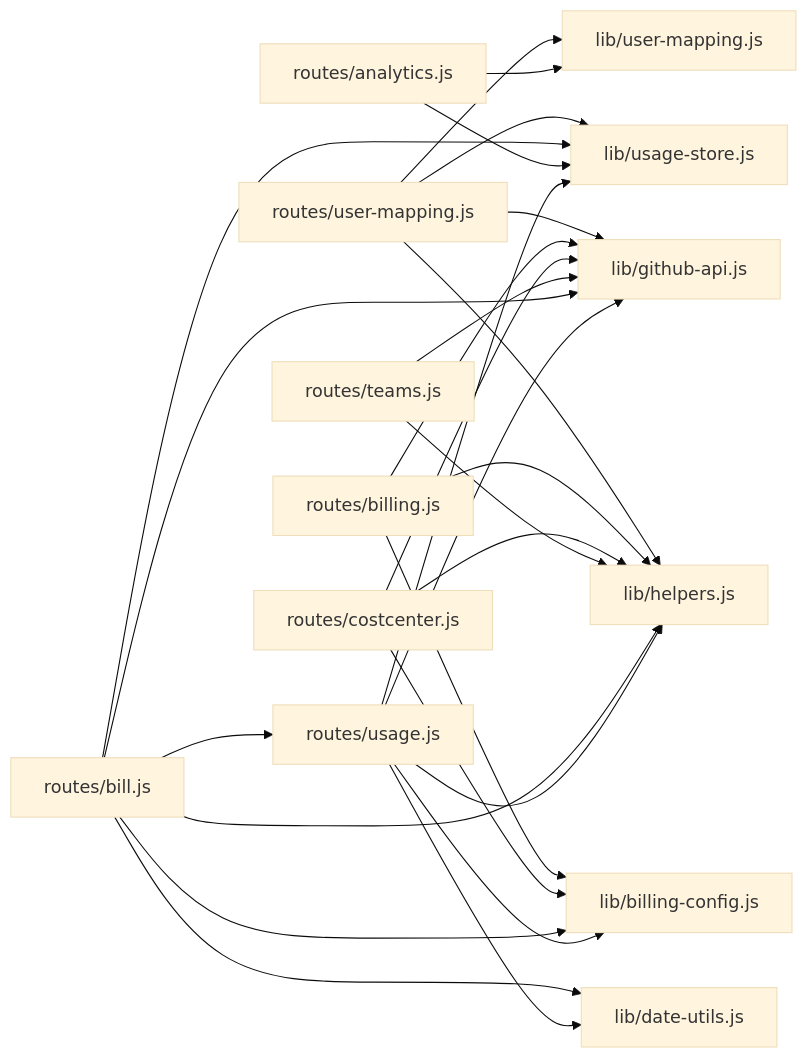
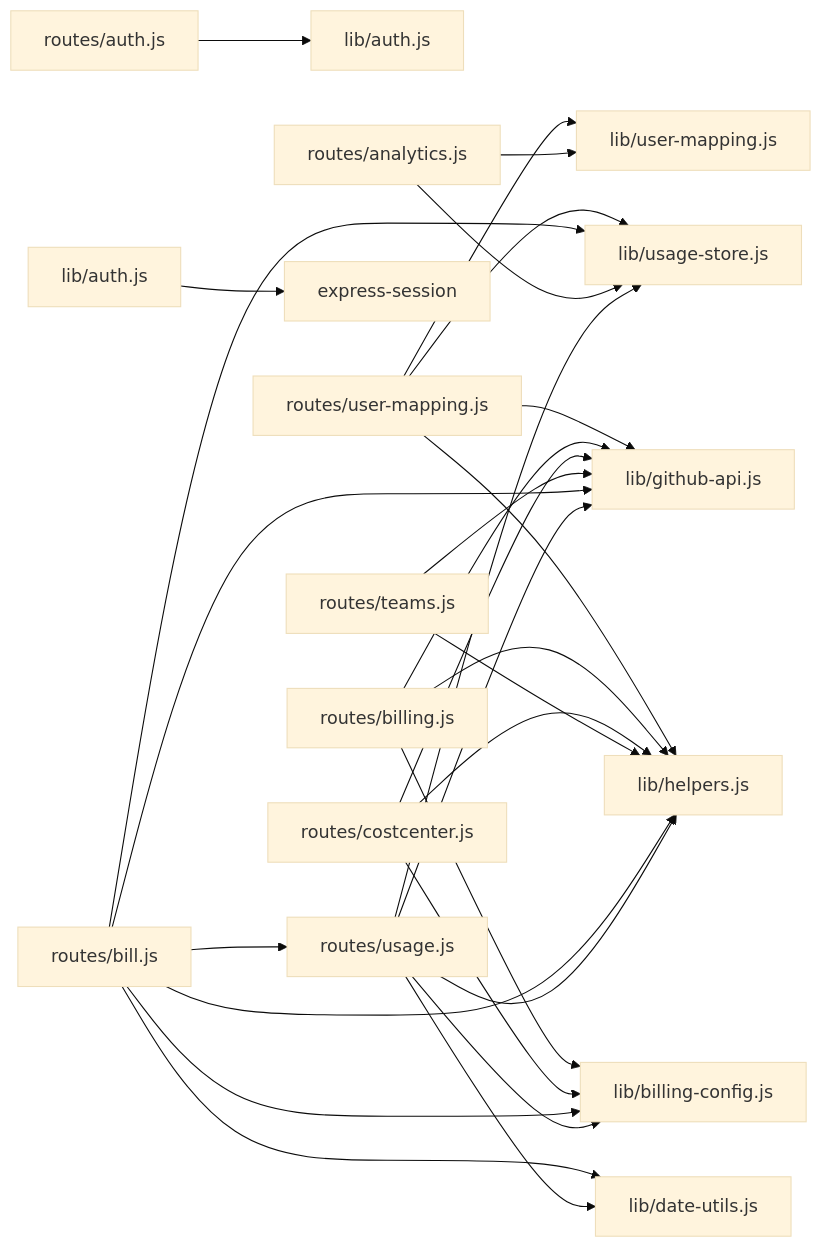
One commit to kissingwolf/CopilotEnterpriseUsageDisplay changed the sixth of 6 diagrams in .qoder/repowiki/zh/content/路由系统/路由系统.md. Above: the diagram before and after it, drawn with Mermaid (base theme). The commit also changed other lines of this file and 9 other files, not shown here.

````diff
--- a/.qoder/repowiki/zh/content/路由系统/路由系统.md
+++ b/.qoder/repowiki/zh/content/路由系统/路由系统.md
@@ -373,28 +409,30 @@
 ```mermaid
 graph LR
+Auth["routes/auth.js"] --> AuthLib["lib/auth.js"]
 Usage["routes/usage.js"] --> Store["lib/usage-store.js"]
 Usage --> GH["lib/github-api.js"]
 Usage --> Helpers["lib/helpers.js"]
 Usage --> Config["lib/billing-config.js"]
 Usage --> Dates["lib/date-utils.js"]
 Analytics["routes/analytics.js"] --> Store
 Analytics --> Mapping["lib/user-mapping.js"]
 Bill["routes/bill.js"] --> Store
 Bill --> GH
 Bill --> Helpers
 Bill --> Config
 Bill --> Dates
 Bill --> Usage
+AuthGuard["lib/auth.js"] --> Session["express-session"]
 Teams["routes/teams.js"] --> GH
 Teams --> Helpers
 CostCenter["routes/costcenter.js"] --> GH
 CostCenter --> Helpers
 CostCenter --> Config
 Billing["routes/billing.js"] --> GH
 Billing --> Helpers
 Billing --> Config
 UserMap["routes/user-mapping.js"] --> Mapping
 UserMap --> Store
 UserMap --> GH
 UserMap --> Helpers
 ```
````
